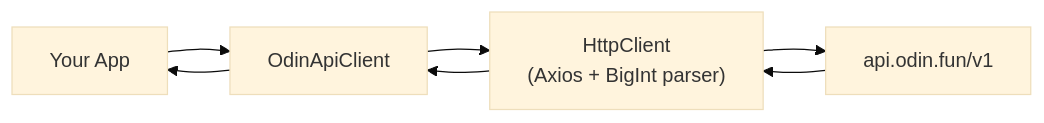
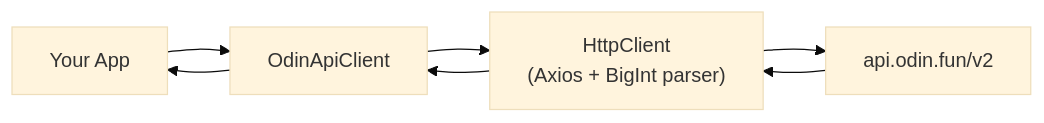
One commit to Toniq-Labs/odin-connect changed the fourth of 4 diagrams in readme.md. Above: the diagram before and after it, drawn with Mermaid (base theme). The commit also changed other lines of this file and 5 other files, not shown here.

````diff
--- a/readme.md
+++ b/readme.md
@@ -135,9 +135,9 @@
 ```mermaid
 flowchart LR
     A["Your App"] --> B["OdinApiClient"]
     B --> C["HttpClient<br/>(Axios + BigInt parser)"]
-    C --> D["api.odin.fun/v1"]
+    C --> D["api.odin.fun/v2"]
     D --> C
     C --> B
     B --> A
 ```
````
